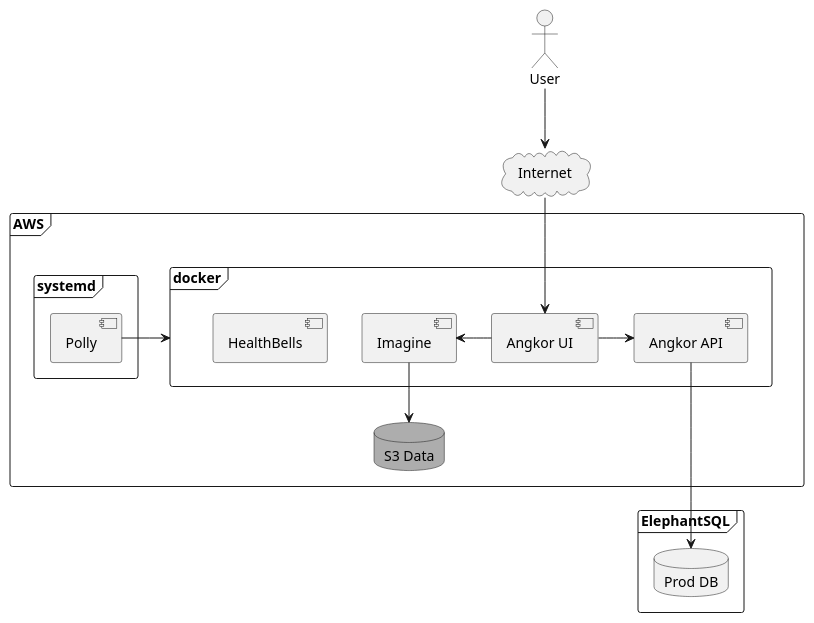
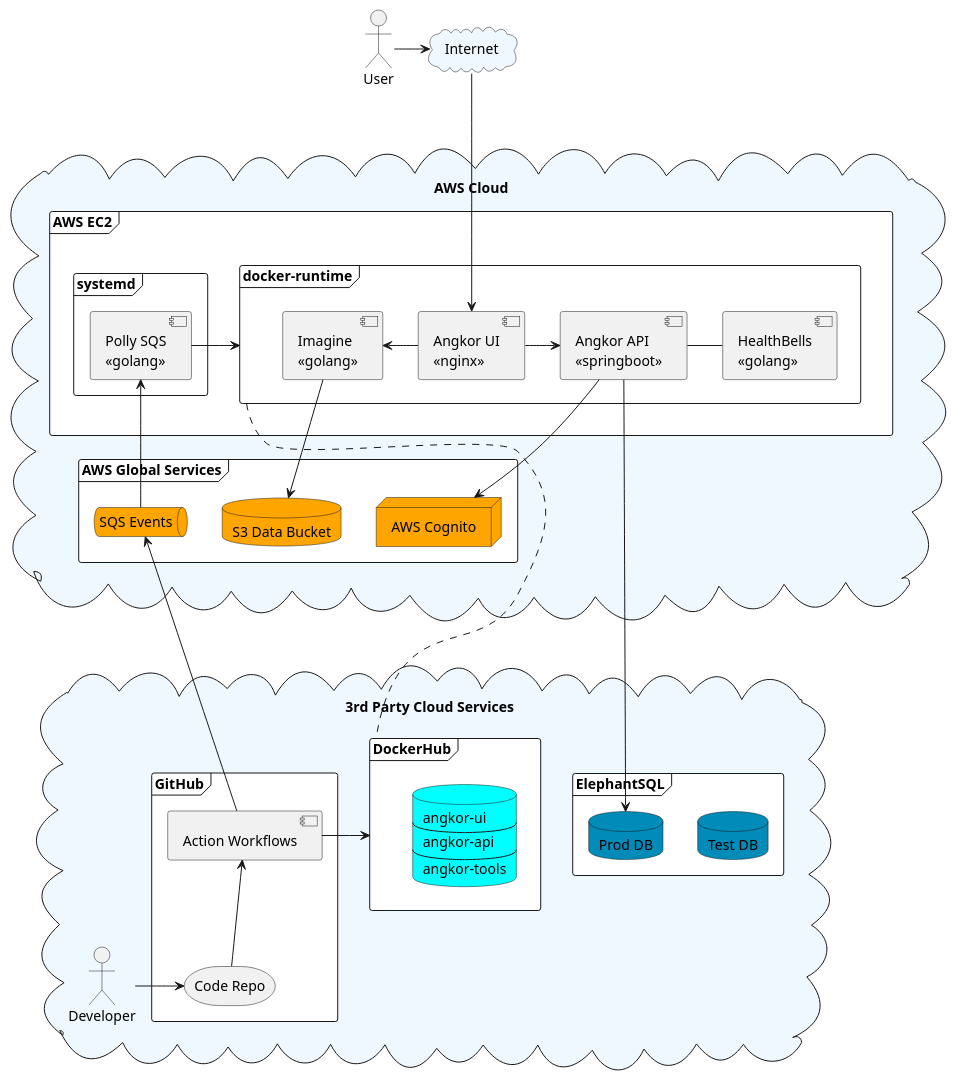
Before and after one commit to tillkuhn/angkor: the diagram in docs/modules/ROOT/partials/runtime-view.puml, drawn with PlantUML. The commit also changed 11 other files, not shown here.

Commit message:
add angular pipe for bytesize, add new diagram

```diff
--- a/docs/modules/ROOT/partials/runtime-view.puml
+++ b/docs/modules/ROOT/partials/runtime-view.puml
@@ -1,42 +1,73 @@
 @startuml
 
-skinparam monochrome true
+skinparam monochrome false
 skinparam shadowing false
 
 actor User as user
 
-frame "AWS" {
-    frame "docker" {
-        [Angkor UI] as ui
-        [Angkor API] as api
-        [Imagine] as imagine
-        [HealthBells] as healthbells
+cloud "AWS Cloud" #AliceBlue {
+    frame "AWS EC2" as aws #white {
+        frame "docker-runtime" as docker {
+            component "Angkor UI\n<<nginx>>" as ui
+            component "Angkor API\n<<springboot>>" as api
+            component "Imagine\n<<golang>>" as imagine
+            component "HealthBells\n<<golang>>" as healthbells
+        }
+        frame "systemd" {
+        component "Polly SQS\n<<golang>>" as polly
+        }
     }
-    frame "systemd" {
-        [Polly] -right-> docker
-    }
+    frame "AWS Global Services" #white {
+        database "S3 Data Bucket" as s3data #orange {
+        }
 
-    database "S3 Data" as s3data #orange {
+        queue   "SQS Events" as sqs #orange {
+        }
+        node  "AWS Cognito" as cognito #orange
     }
 
 }
 
-
-cloud "Internet" as internet {
+cloud "Internet" as internet #AliceBlue {
 }
 
-frame "ElephantSQL" {
-    database "Prod DB" as db {
+cloud "3rd Party Cloud Services" #AliceBlue {
 
-    }
-}
+      actor Developer as developer
+     frame DockerHub as dockerhub #white {
+            database repos #cyan [
+             angkor-ui
+            ----
+             angkor-api
+            ----
+             angkor-tools
+            ]
+     }
 
-api --down->db
+     frame "ElephantSQL" #white {
+         database "Test DB" as testdb #008bb9
+         database "Prod DB" as proddb #008bb9
+     }
+
+     frame GitHub as github #white {
+         storage "Code Repo" as code
+         [Action Workflows] as actions
+     }
+ }
+
+polly -right-> docker
+polly  <-down- sqs
+api --down--->proddb
+api -right- healthbells
+api -down-> cognito
 ui -> api
 ui -left-> imagine
-user -down-> internet
+user --right-> internet
 imagine -down-> s3data
-internet -down-> ui
-
-
+docker ..down.. dockerhub
+internet -down--> ui
+actions -right-> dockerhub
+actions -up-> sqs
+code -up-> actions
+code <-right- developer
 @enduml
```
